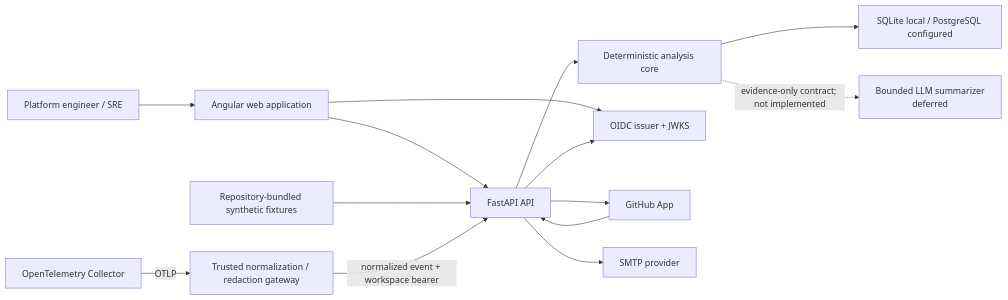
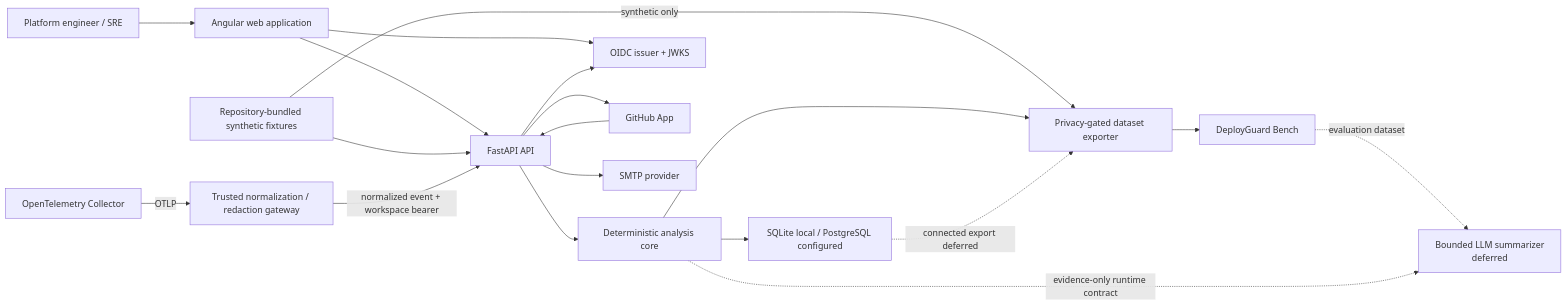
Before and after one commit to kingggg5/deployguardai: the first of 5 diagrams in docs/ARCHITECTURE.md, drawn with Mermaid. The commit also changed other lines of this file and 23 other files, not shown here.

First line of the commit message:
Codex/connected runtime foundations (#19)

````diff
--- a/docs/ARCHITECTURE.md
+++ b/docs/ARCHITECTURE.md
@@ -42,27 +43,34 @@
 ```mermaid
 flowchart LR
     User["Platform engineer / SRE"]
     UI["Angular web application"]
     API["FastAPI API"]
     Core["Deterministic analysis core"]
     DB["SQLite local / PostgreSQL configured"]
     Seed["Repository-bundled synthetic fixtures"]
     OIDC["OIDC issuer + JWKS"]
     GH["GitHub App"]
     SMTP["SMTP provider"]
     Collector["OpenTelemetry Collector"]
     Gateway["Trusted normalization / redaction gateway"]
+    Exporter["Privacy-gated dataset exporter"]
+    Bench["DeployGuard Bench"]
     LLM["Bounded LLM summarizer<br/>deferred"]
 
     User --> UI --> API --> Core
     Core --> DB
     Seed --> API
     UI --> OIDC
     API --> OIDC
     GH --> API
     API --> GH
     API --> SMTP
     Collector -->|"OTLP"| Gateway
     Gateway -->|"normalized event + workspace bearer"| API
-    Core -.->|"evidence-only contract; not implemented"| LLM
+    Seed -->|"synthetic only"| Exporter
+    Core --> Exporter
+    Exporter --> Bench
+    DB -.->|"connected export deferred"| Exporter
+    Bench -.->|"evaluation dataset"| LLM
+    Core -.->|"evidence-only runtime contract"| LLM
 ```
````
